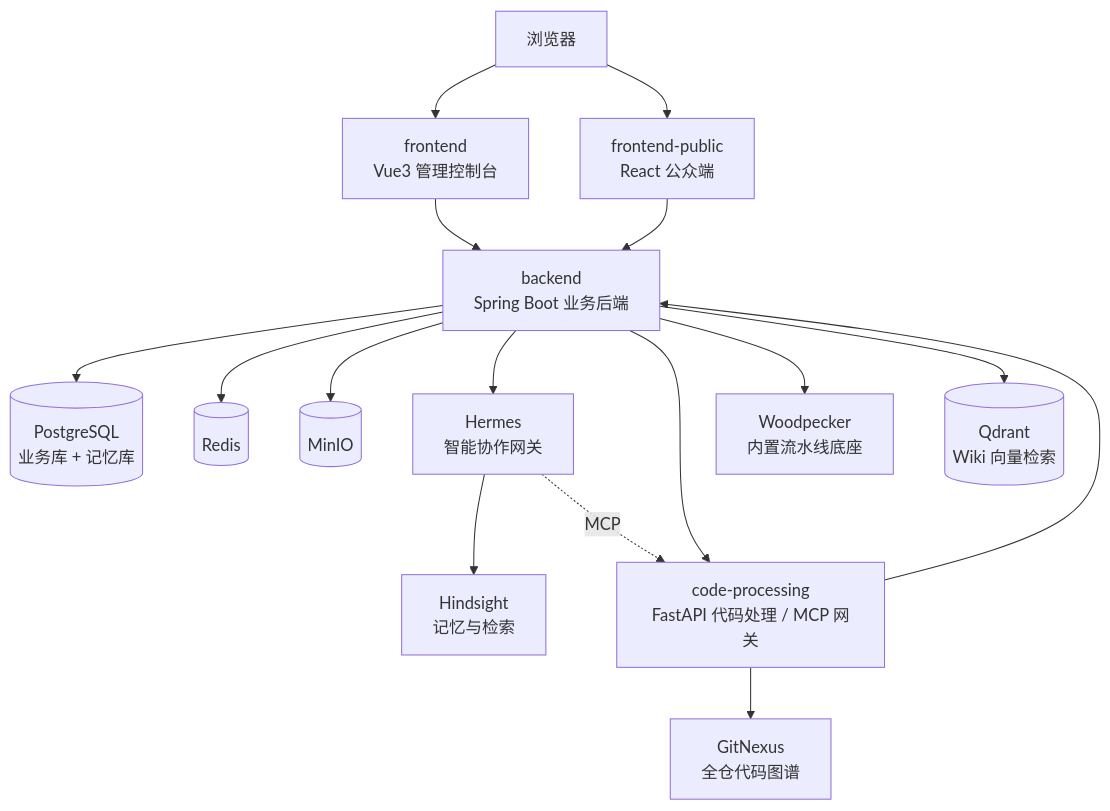
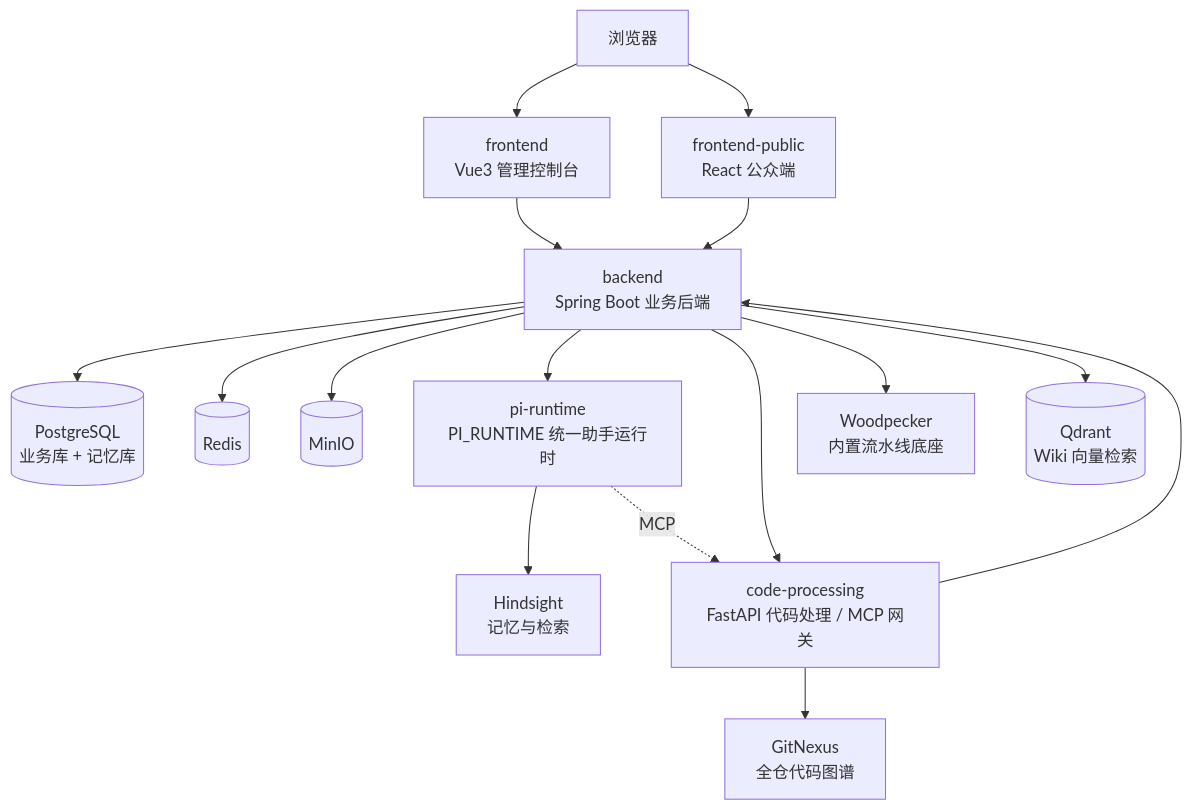
Before and after one commit to maniiiss/ai-club: the diagram in README.md, drawn with Mermaid. The commit also changed other lines of this file and 259 other files, not shown here.

````diff
--- a/README.md
+++ b/README.md
@@ -113,19 +113,19 @@
 ```mermaid
 flowchart TD
     A[浏览器]
     A --> FE[frontend<br/>Vue3 管理控制台]
     A --> FP[frontend-public<br/>React 公众端]
     FE --> BE[backend<br/>Spring Boot 业务后端]
     FP --> BE
     BE --> DB[(PostgreSQL<br/>业务库 + 记忆库)]
     BE --> RD[(Redis)]
     BE --> MN[(MinIO)]
-    BE --> HM[Hermes<br/>智能协作网关]
+    BE --> PI[pi-runtime<br/>PI_RUNTIME 统一助手运行时]
     BE --> CP[code-processing<br/>FastAPI 代码处理 / MCP 网关]
     BE --> WP[Woodpecker<br/>内置流水线底座]
-    HM --> HS[Hindsight<br/>记忆与检索]
-    HM -.MCP.-> CP
+    PI --> HS[Hindsight<br/>记忆与检索]
+    PI -.MCP.-> CP
     CP --> BE
     BE --> QD[(Qdrant<br/>Wiki 向量检索)]
     CP --> GN[GitNexus<br/>全仓代码图谱]
 ```
````
